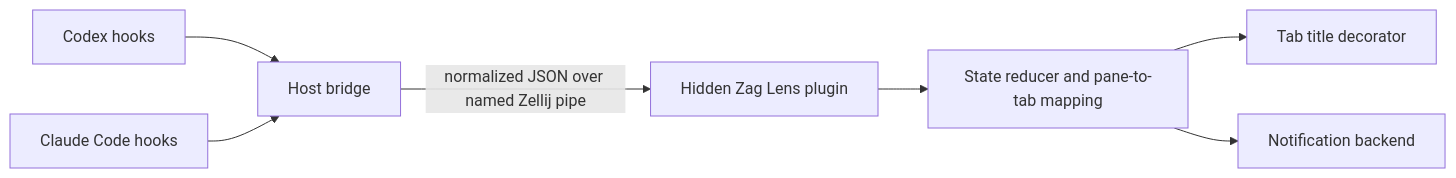
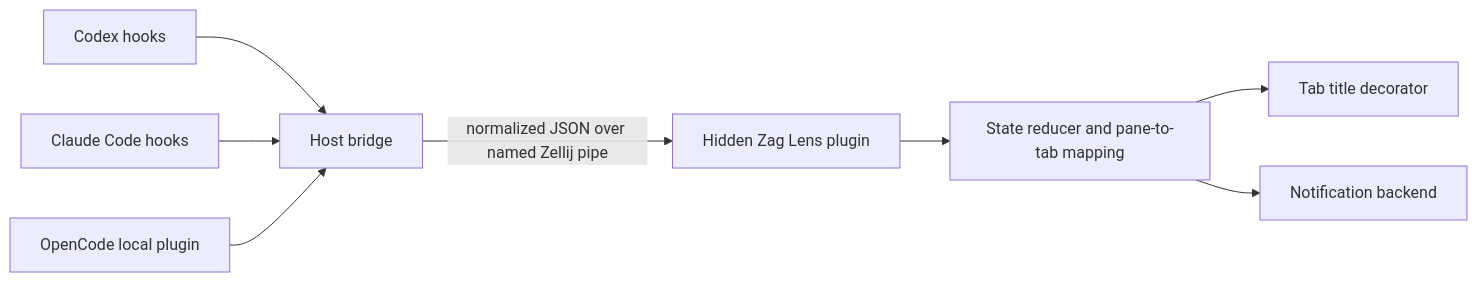
Before and after one commit to VAlux/zag-lens: the diagram in SPECIFICATION.md, drawn with Mermaid. The commit also changed other lines of this file and 40 other files, not shown here.

````diff
--- a/SPECIFICATION.md
+++ b/SPECIFICATION.md
@@ -158,9 +160,10 @@
 ```mermaid
 flowchart LR
     C[Codex hooks] --> B[Host bridge]
     A[Claude Code hooks] --> B
+    O[OpenCode local plugin] --> B
     B -->|normalized JSON over named Zellij pipe| P[Hidden Zag Lens plugin]
     P --> M[State reducer and pane-to-tab mapping]
     M --> T[Tab title decorator]
     M --> N[Notification backend]
 ```
````
